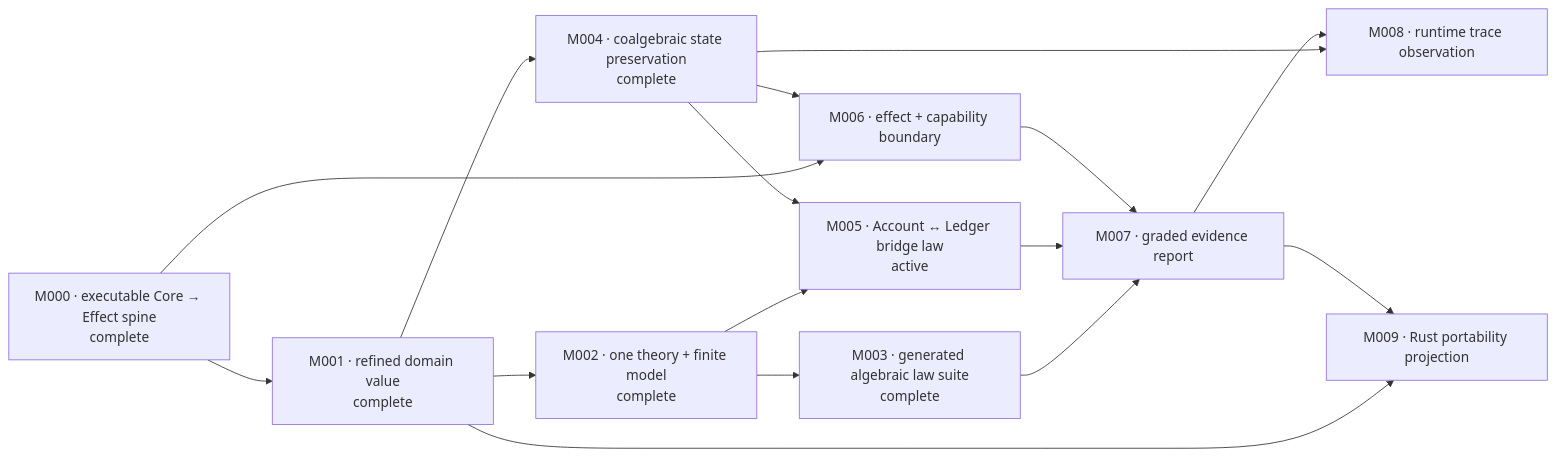
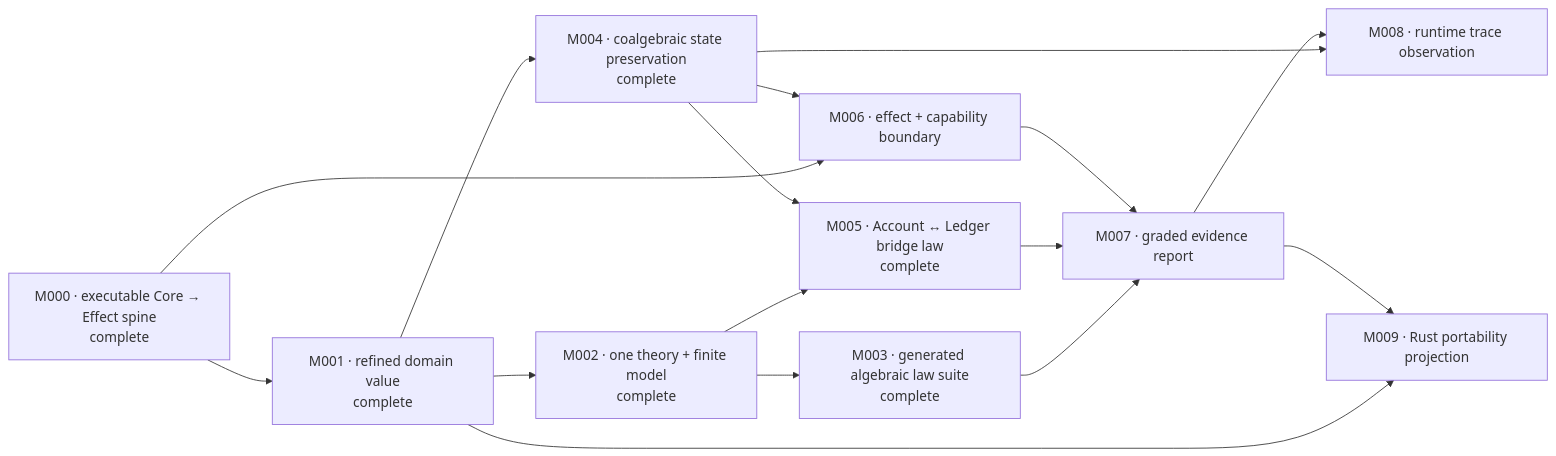
One commit to phibkro/bang-project changed the first of 2 diagrams in CAPABILITIES.md. Above: the diagram before and after it, drawn with Mermaid. The commit also changed other lines of this file and 2 other files, not shown here.

Commit message:
docs(mission): record M005 evidence

````diff
--- a/CAPABILITIES.md
+++ b/CAPABILITIES.md
@@ -5,27 +5,27 @@
 ```mermaid
 flowchart LR
     M000["M000 · executable Core → Effect spine<br/>complete"]
     M001["M001 · refined domain value<br/>complete"]
     M002["M002 · one theory + finite model<br/>complete"]
     M003["M003 · generated algebraic law suite<br/>complete"]
     M004["M004 · coalgebraic state preservation<br/>complete"]
-    M005["M005 · Account ↔ Ledger bridge law<br/>active"]
+    M005["M005 · Account ↔ Ledger bridge law<br/>complete"]
     M006["M006 · effect + capability boundary"]
     M007["M007 · graded evidence report"]
     M008["M008 · runtime trace observation"]
     M009["M009 · Rust portability projection"]
 
     M000 --> M001 --> M002 --> M003
     M001 --> M004
     M002 --> M005
     M004 --> M005
     M000 --> M006
     M004 --> M006
     M003 --> M007
     M005 --> M007
     M006 --> M007
     M004 --> M008
     M007 --> M008
     M001 --> M009
     M007 --> M009
 ```
````
